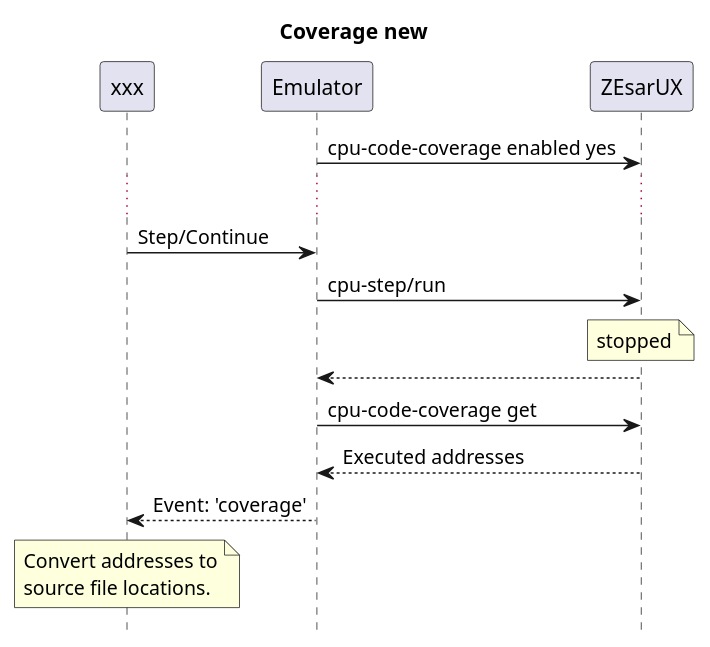
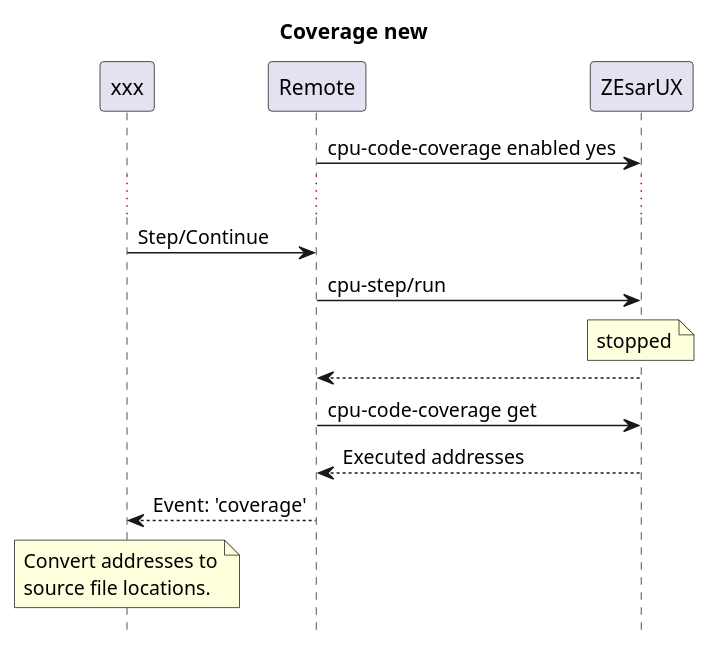
The ninth of 9 diagrams in design/design.md (maziac/DeZog), drawn with PlantUML before and after one commit. The commit also changed other lines of this file and 3 other files, not shown here.

````diff
--- a/design/design.md
+++ b/design/design.md
@@ -470,15 +456,15 @@
 ```puml
 hide footbox
 title Coverage new
 participant xxx
-Emulator -> ZEsarUX: cpu-code-coverage enabled yes
+Remote -> ZEsarUX: cpu-code-coverage enabled yes
 ...
-xxx -> Emulator: Step/Continue
-Emulator -> ZEsarUX: cpu-step/run
+xxx -> Remote: Step/Continue
+Remote -> ZEsarUX: cpu-step/run
 note over ZEsarUX: stopped
-Emulator <-- ZEsarUX
-Emulator -> ZEsarUX: cpu-code-coverage get
-Emulator <-- ZEsarUX: Executed addresses
-xxx <-- Emulator: Event: 'coverage'
+Remote <-- ZEsarUX
+Remote -> ZEsarUX: cpu-code-coverage get
+Remote <-- ZEsarUX: Executed addresses
+xxx <-- Remote: Event: 'coverage'
 note over xxx: Convert addresses to\nsource file locations.
 ```
````
